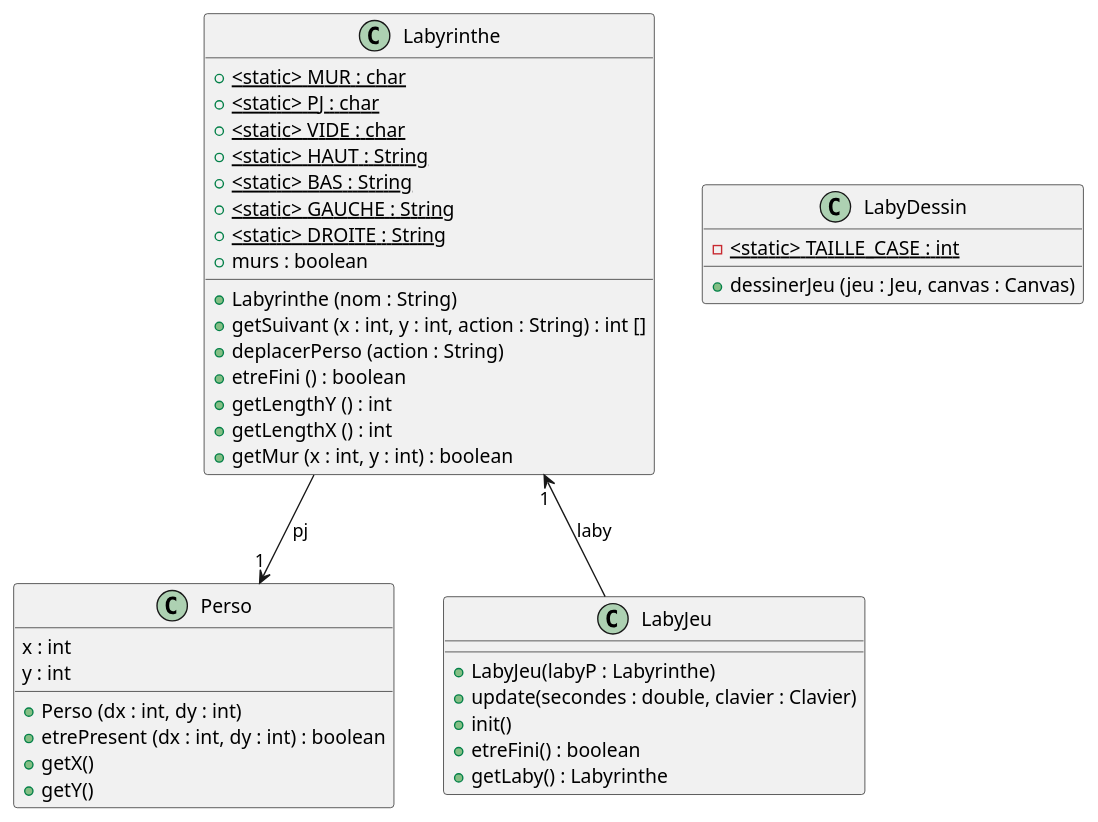
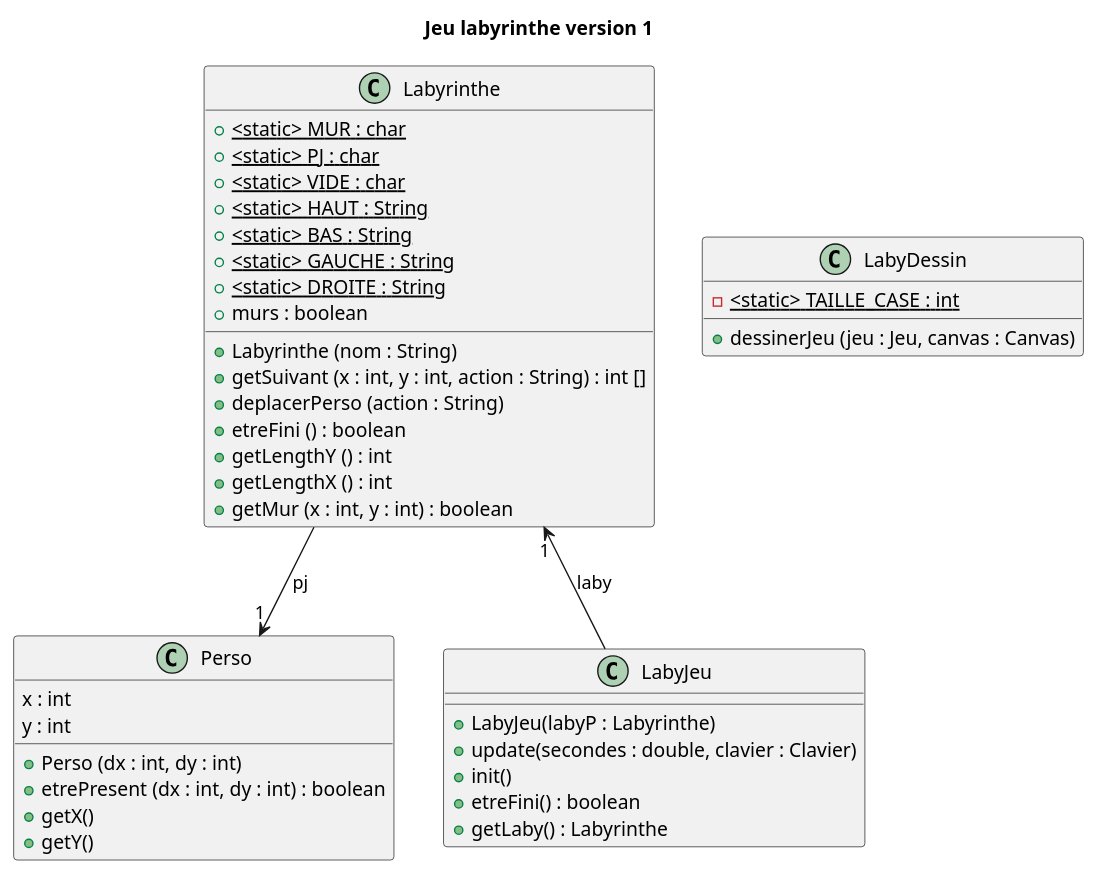
One commit to Hugo-COLLIN/BUT_INFO_S2_2022_Zeldiablo changed the diagram in racine_depot/documents/version_1/diagClass_gameLaby.puml. Above: the diagram before and after it, drawn with PlantUML. The commit also changed 5 other files, not shown here.

Commit message:
diagrammes avec titres

```diff
--- a/racine_depot/documents/version_1/diagClass_gameLaby.puml
+++ b/racine_depot/documents/version_1/diagClass_gameLaby.puml
@@ -1,48 +1,48 @@
 @startuml
-
+title Jeu labyrinthe version 1
 class Perso {
     x : int
     y : int
 
     + Perso (dx : int, dy : int)
     + etrePresent (dx : int, dy : int) : boolean
     + getX()
     + getY()
 }
 
 class Labyrinthe {
     + <static> MUR : char {static}
     + <static> PJ : char {static}
     + <static> VIDE : char {static}
     + <static> HAUT : String {static}
     + <static> BAS : String {static}
     + <static> GAUCHE : String {static}
     + <static> DROITE : String {static}
     + murs : boolean
 
     + Labyrinthe (nom : String)
     + getSuivant (x : int, y : int, action : String) : int []
     + deplacerPerso (action : String)
     + etreFini () : boolean
     + getLengthY () : int
     + getLengthX () : int
     + getMur (x : int, y : int) : boolean
 }
 
 class LabyJeu {
     + LabyJeu(labyP : Labyrinthe)
     + update(secondes : double, clavier : Clavier)
     + init()
     + etreFini() : boolean
     + getLaby() : Labyrinthe
 }
 
 class LabyDessin {
     - <static> TAILLE_CASE : int {static}
     + dessinerJeu (jeu : Jeu, canvas : Canvas)
 }
 
 Labyrinthe --> Perso : pj "1"
 Labyrinthe "1" <-- LabyJeu : laby
 
 @enduml
```
